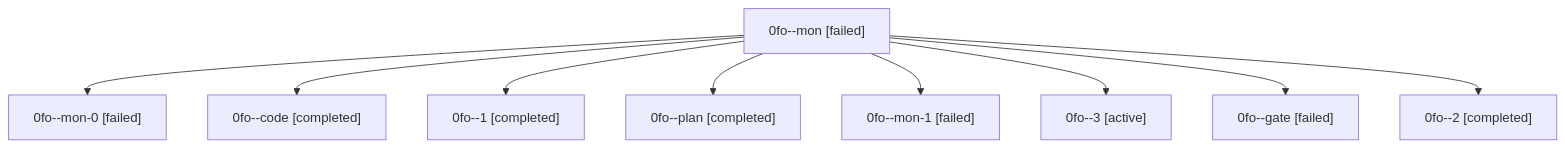
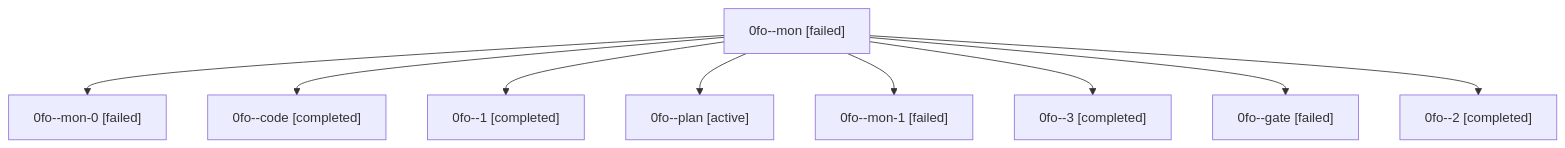
Before and after one commit to sase-org/sase--agents: the diagram in families/bbugyi200.athena.0fo.md, drawn with Mermaid. The commit also changed other lines of this file and 35830 other files, not shown here.

````diff
--- a/families/bbugyi200.athena.0fo.md
+++ b/families/bbugyi200.athena.0fo.md
@@ -9,20 +9,20 @@
 ```mermaid
 flowchart TD
   n0["0fo--mon [failed]"]
   n1["0fo--mon-0 [failed]"]
   n0 --> n1
   n2["0fo--code [completed]"]
   n0 --> n2
   n3["0fo--1 [completed]"]
   n0 --> n3
-  n4["0fo--plan [completed]"]
+  n4["0fo--plan [active]"]
   n0 --> n4
   n5["0fo--mon-1 [failed]"]
   n0 --> n5
-  n6["0fo--3 [active]"]
+  n6["0fo--3 [completed]"]
   n0 --> n6
   n7["0fo--gate [failed]"]
   n0 --> n7
   n8["0fo--2 [completed]"]
   n0 --> n8
 ```
````
